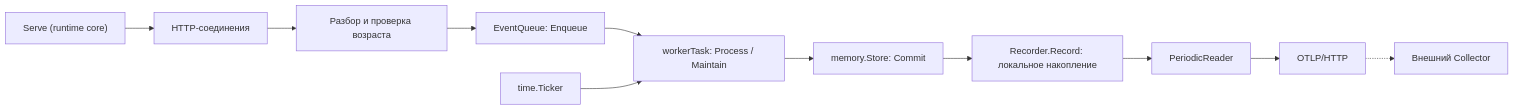
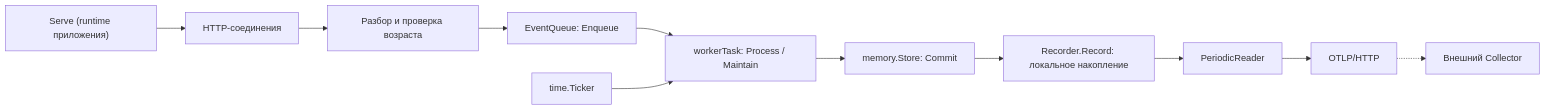
The diagram in docs/goroutine.md (vendelev/sre-metrics), drawn with Mermaid before and after one commit. The commit also changed other lines of this file and 23 other files, not shown here.

````diff
--- a/docs/goroutine.md
+++ b/docs/goroutine.md
@@ -34,13 +34,13 @@
 ```mermaid
 flowchart LR
-    Serve["Serve (runtime core)"] --> Conn["HTTP-соединения"]
+    Serve["Serve (runtime приложения)"] --> Conn["HTTP-соединения"]
     Conn --> HTTP["Разбор и проверка возраста"]
     HTTP --> Queue["EventQueue: Enqueue"]
     Queue --> Worker["workerTask: Process / Maintain"]
     Tick["time.Ticker"] --> Worker
     Worker --> Store["memory.Store: Commit"]
     Store --> SDK["Recorder.Record: локальное накопление"]
     SDK --> Reader["PeriodicReader"]
     Reader --> Export["OTLP/HTTP"]
     Export -.-> Collector["Внешний Collector"]
 ```
````
